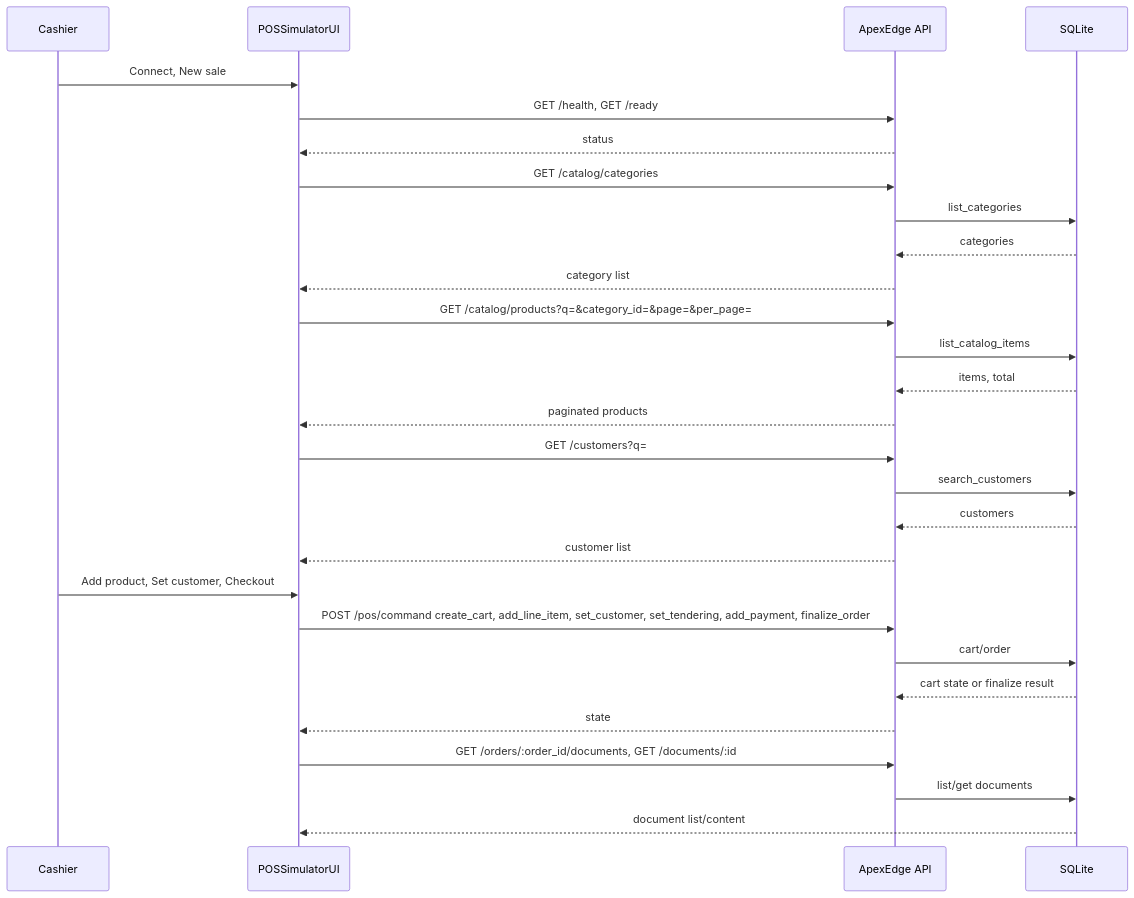
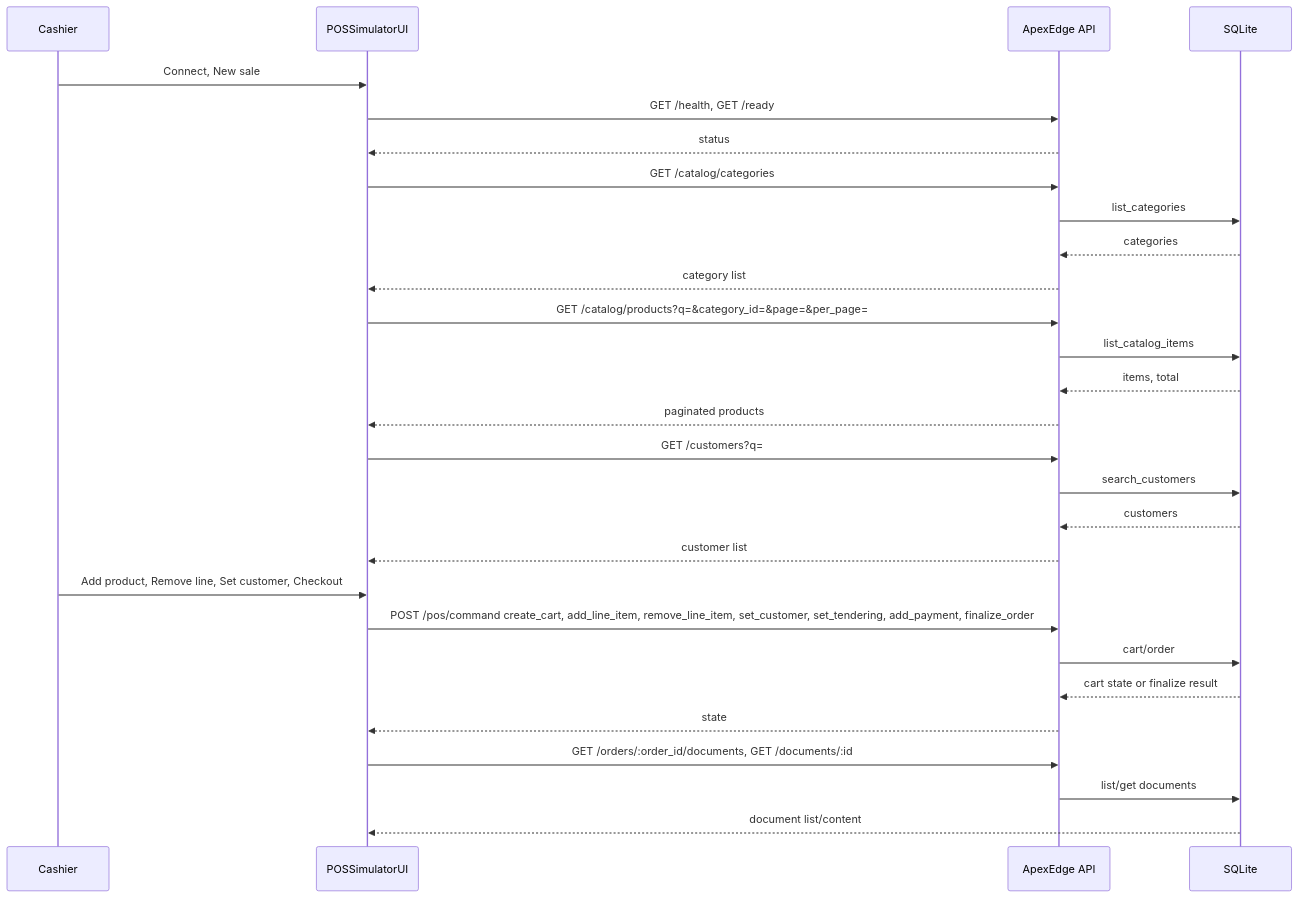
Before and after one commit to AncientiCe/apex-edge: the ninth of 11 diagrams in docs/architecture/README.md, drawn with Mermaid. The commit also changed other lines of this file and 39 other files, not shown here.

````diff
--- a/docs/architecture/README.md
+++ b/docs/architecture/README.md
@@ -259,30 +297,30 @@
 ```mermaid
 sequenceDiagram
     participant User as Cashier
     participant UI as POSSimulatorUI
     participant API as ApexEdge API
     participant Storage as SQLite
     User->>UI: Connect, New sale
     UI->>API: GET /health, GET /ready
     API-->>UI: status
     UI->>API: GET /catalog/categories
     API->>Storage: list_categories
     Storage-->>API: categories
     API-->>UI: category list
     UI->>API: GET /catalog/products?q=&category_id=&page=&per_page=
     API->>Storage: list_catalog_items
     Storage-->>API: items, total
     API-->>UI: paginated products
     UI->>API: GET /customers?q=
     API->>Storage: search_customers
     Storage-->>API: customers
     API-->>UI: customer list
-    User->>UI: Add product, Set customer, Checkout
-    UI->>API: POST /pos/command create_cart, add_line_item, set_customer, set_tendering, add_payment, finalize_order
+    User->>UI: Add product, Remove line, Set customer, Checkout
+    UI->>API: POST /pos/command create_cart, add_line_item, remove_line_item, set_customer, set_tendering, add_payment, finalize_order
     API->>Storage: cart/order
     Storage-->>API: cart state or finalize result
     API-->>UI: state
     UI->>API: GET /orders/:order_id/documents, GET /documents/:id
     API->>Storage: list/get documents
     Storage-->>UI: document list/content
 ```
````
